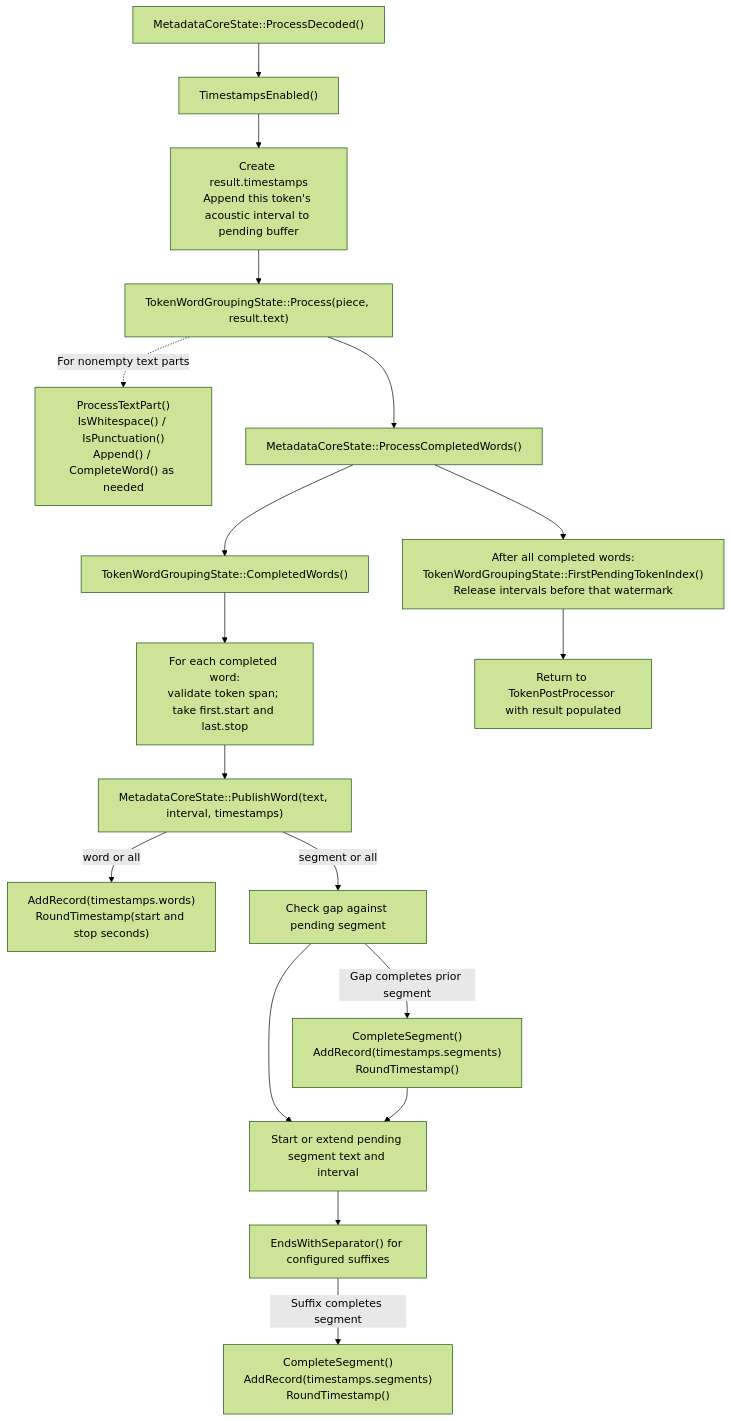
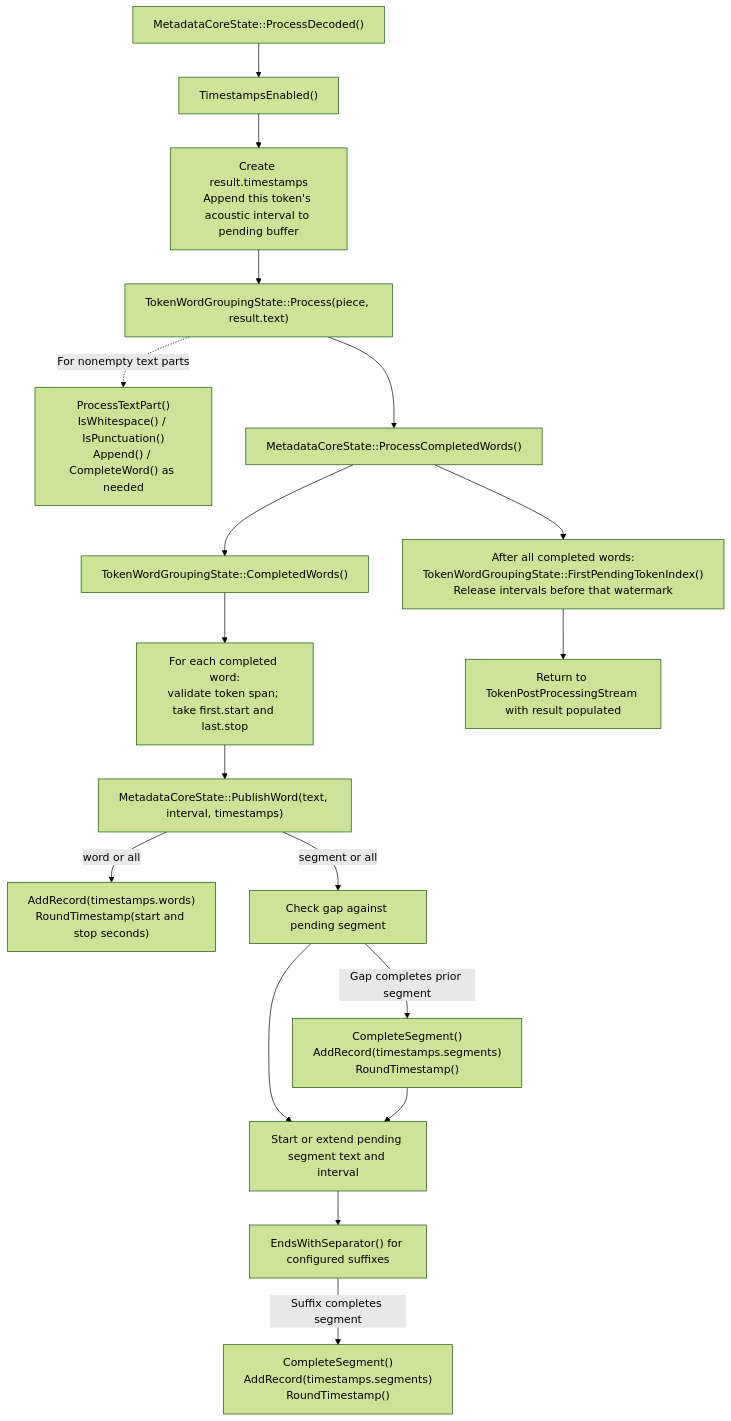
Before and after one commit to microsoft/onnxruntime-genai: the first of 2 diagrams in docs/metadata_decode.md, drawn with Mermaid (forest theme). The commit also changed other lines of this file and 20 other files, not shown here.

````diff
--- a/docs/metadata_decode.md
+++ b/docs/metadata_decode.md
@@ -119,20 +147,20 @@
 ```mermaid
 flowchart TD
   decoded["MetadataCoreState::ProcessDecoded()"] --> enabled["TimestampsEnabled()"]
   enabled --> retain["Create result.timestamps<br/>Append this token's acoustic interval to pending buffer"]
   retain --> group["TokenWordGroupingState::Process(piece, result.text)"]
   group -.->|For nonempty text parts| parts["ProcessTextPart()<br/>IsWhitespace() / IsPunctuation()<br/>Append() / CompleteWord() as needed"]
   group --> completed["MetadataCoreState::ProcessCompletedWords()"]
   completed --> words["TokenWordGroupingState::CompletedWords()"]
   words --> align["For each completed word:<br/>validate token span; take first.start and last.stop"]
   align --> publish["MetadataCoreState::PublishWord(text, interval, timestamps)"]
   publish -->|word or all| word["AddRecord(timestamps.words)<br/>RoundTimestamp(start and stop seconds)"]
   publish -->|segment or all| gap["Check gap against pending segment"]
   gap -->|Gap completes prior segment| prior["CompleteSegment()<br/>AddRecord(timestamps.segments)<br/>RoundTimestamp()"]
   gap --> pending["Start or extend pending segment text and interval"]
   prior --> pending
   pending --> separator["EndsWithSeparator() for configured suffixes"]
   separator -->|Suffix completes segment| finish["CompleteSegment()<br/>AddRecord(timestamps.segments)<br/>RoundTimestamp()"]
   completed --> release["After all completed words:<br/>TokenWordGroupingState::FirstPendingTokenIndex()<br/>Release intervals before that watermark"]
-  release --> returned["Return to TokenPostProcessor with result populated"]
+  release --> returned["Return to TokenPostProcessingStream with result populated"]
 ```
````
